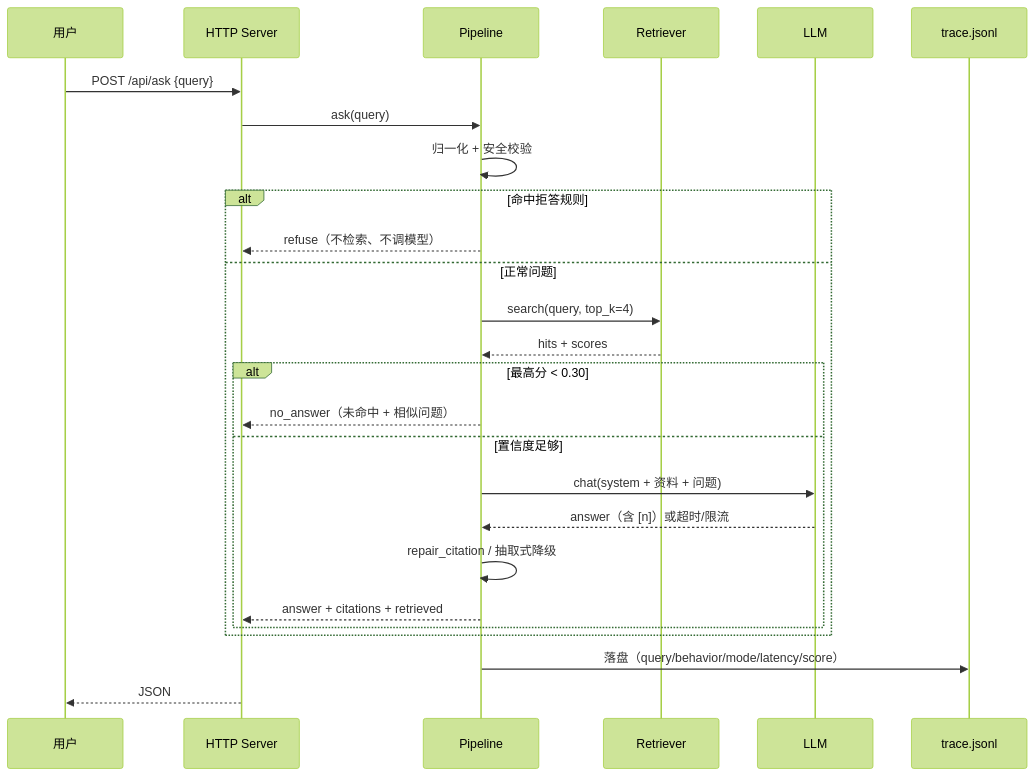
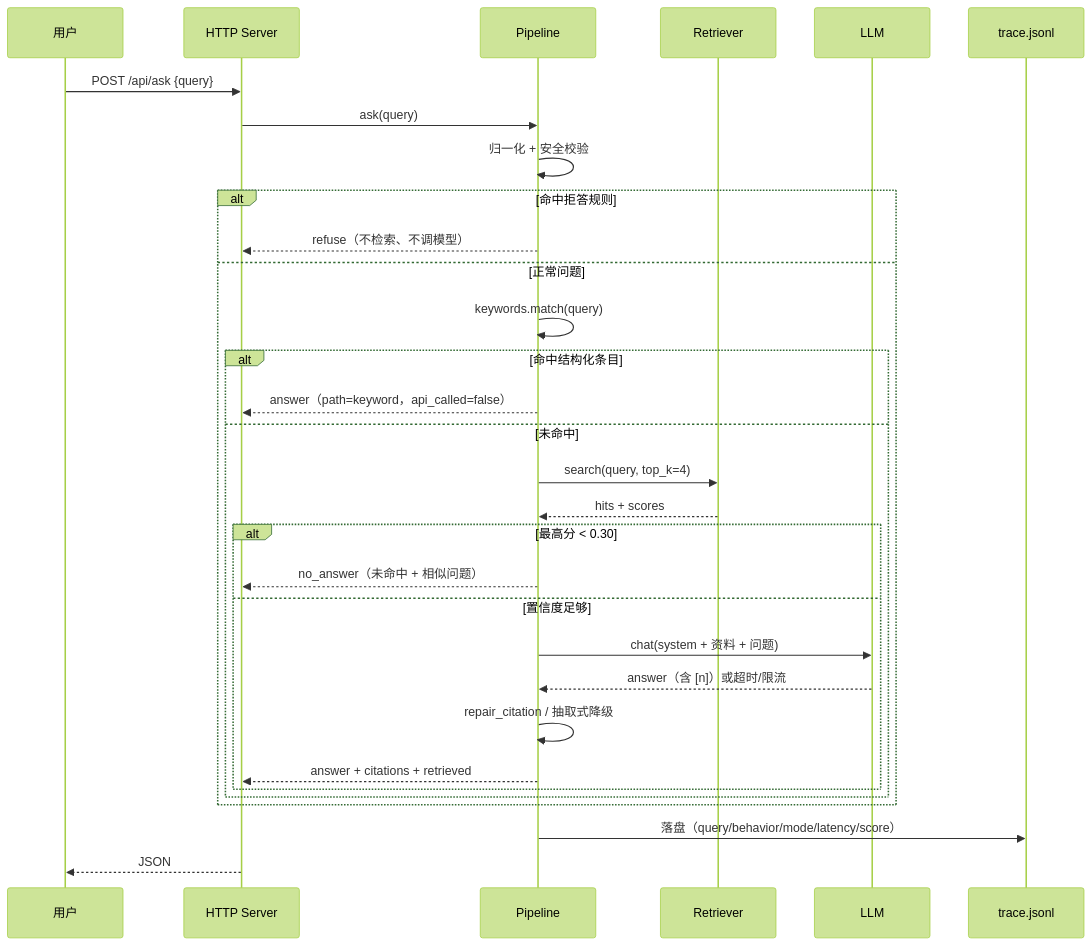
Before and after one commit to dongshu710/doc-qa-assistant: the second of 2 diagrams in docs/ARCHITECTURE.md, drawn with Mermaid (forest theme). The commit also changed other lines of this file and 23 other files, not shown here.

````diff
--- a/docs/ARCHITECTURE.md
+++ b/docs/ARCHITECTURE.md
@@ -48,29 +52,34 @@
 ```mermaid
 sequenceDiagram
   participant U as 用户
   participant S as HTTP Server
   participant P as Pipeline
   participant R as Retriever
   participant L as LLM
   participant T as trace.jsonl
 
   U->>S: POST /api/ask {query}
   S->>P: ask(query)
   P->>P: 归一化 + 安全校验
   alt 命中拒答规则
     P-->>S: refuse（不检索、不调模型）
   else 正常问题
+    P->>P: keywords.match(query)
+    alt 命中结构化条目
+      P-->>S: answer（path=keyword，api_called=false）
+    else 未命中
     P->>R: search(query, top_k=4)
     R-->>P: hits + scores
     alt 最高分 < 0.30
       P-->>S: no_answer（未命中 + 相似问题）
     else 置信度足够
       P->>L: chat(system + 资料 + 问题)
       L-->>P: answer（含 [n]）或超时/限流
       P->>P: repair_citation / 抽取式降级
       P-->>S: answer + citations + retrieved
     end
+    end
   end
   P->>T: 落盘（query/behavior/mode/latency/score）
   S-->>U: JSON
 ```
````
